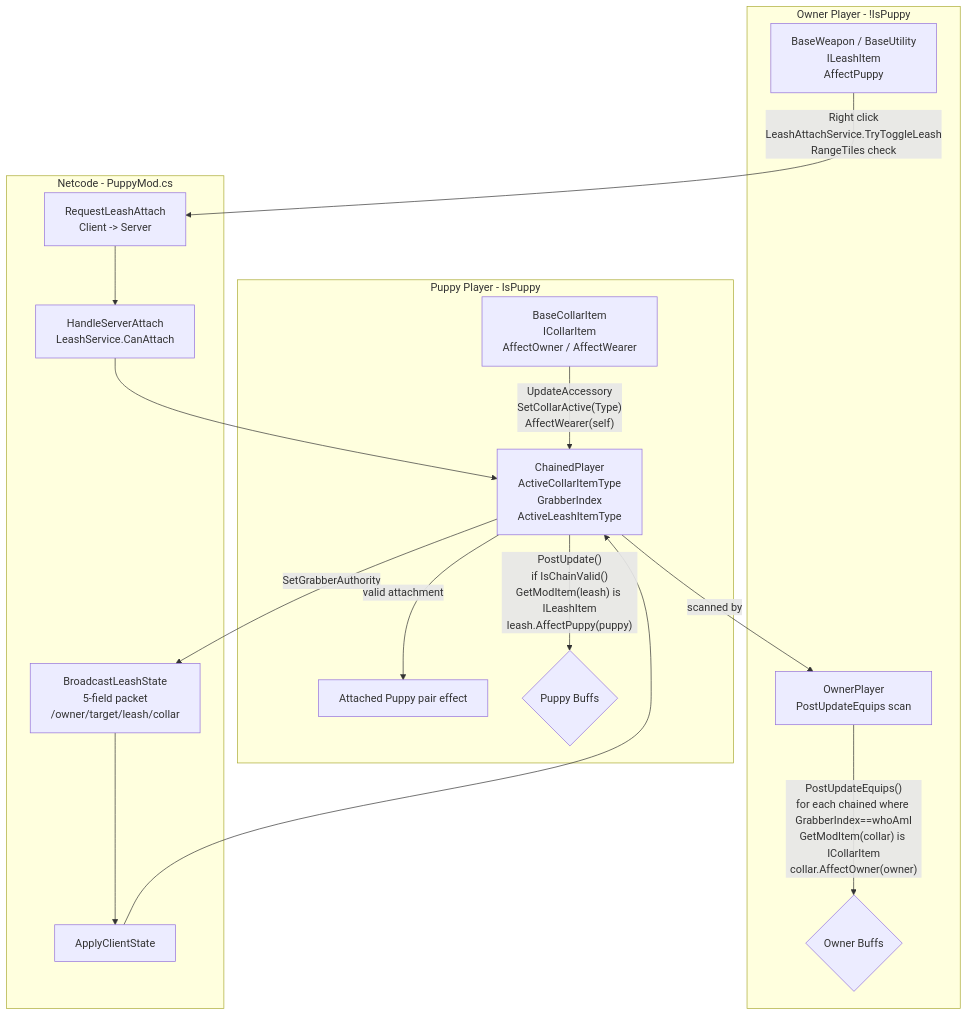
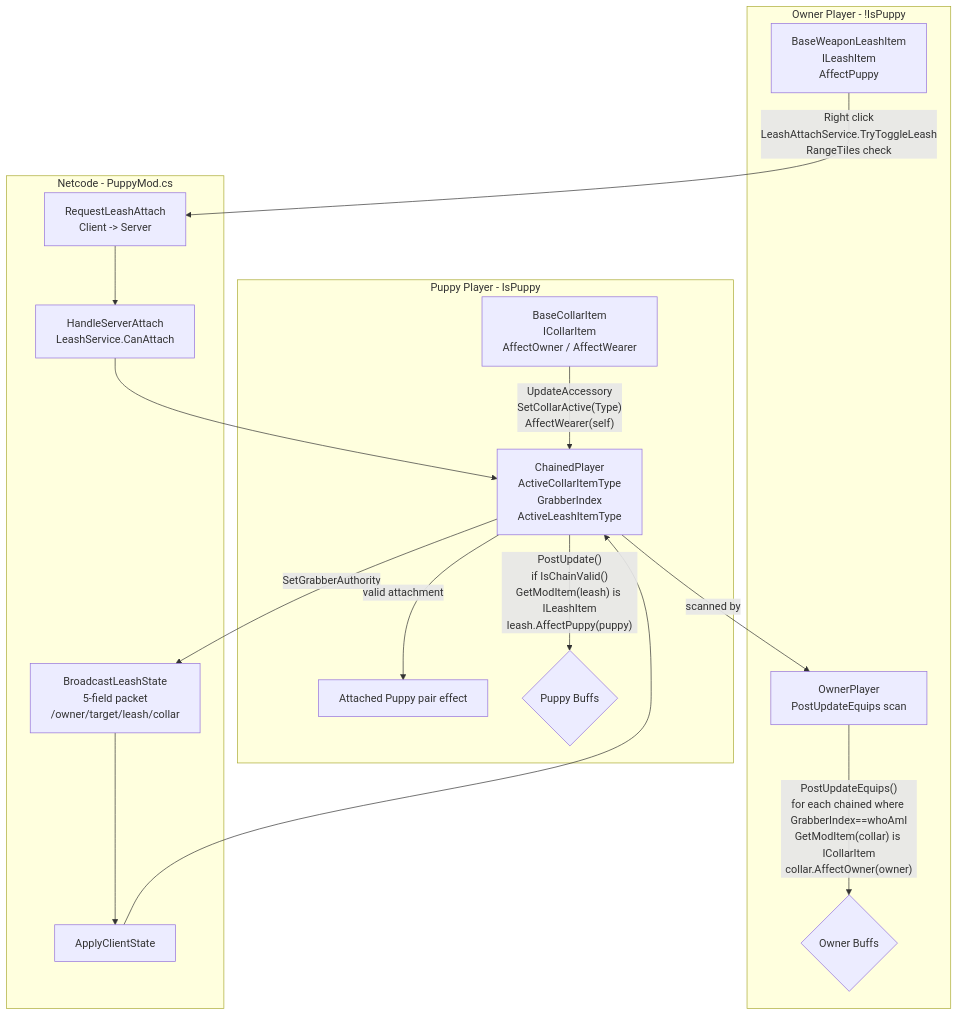
The diagram in docs/Leash-Collar-System.md (POLA-LCS/PolasPuppyMod), drawn with Mermaid before and after one commit. The commit also changed 8 other files, not shown here.

````diff
--- a/docs/Leash-Collar-System.md
+++ b/docs/Leash-Collar-System.md
@@ -14,40 +14,40 @@
 ```mermaid
 flowchart TB
     subgraph PuppySide[Puppy Player - IsPuppy]
         Collar[BaseCollarItem<br/>ICollarItem<br/>AffectOwner / AffectWearer]
         Chained[ChainedPlayer<br/>ActiveCollarItemType<br/>GrabberIndex<br/>ActiveLeashItemType]
         PairBonus[Attached Puppy pair effect]
         PuppyBuffs{Puppy Buffs}
     end
 
     subgraph OwnerSide[Owner Player - !IsPuppy]
-        Leash[BaseWeapon / BaseUtility<br/>ILeashItem<br/>AffectPuppy]
+        Leash[BaseWeaponLeashItem<br/>ILeashItem<br/>AffectPuppy]
         OwnerMP[OwnerPlayer<br/>PostUpdateEquips scan]
         OwnerBuffs{Owner Buffs}
     end
 
     subgraph Netcode[Netcode - PuppyMod.cs]
         ReqAttach[RequestLeashAttach<br/>Client -> Server]
         HandleAttach[HandleServerAttach<br/>LeashService.CanAttach]
         Broadcast[BroadcastLeashState<br/>5-field packet<br/>/owner/target/leash/collar]
         ApplyState[ApplyClientState]
     end
 
     %% Equip flow
     Collar -- "UpdateAccessory<br/>SetCollarActive(Type)<br/>AffectWearer(self)" --> Chained
 
     %% Leash attach flow
     Leash -- "Right click<br/>LeashAttachService.TryToggleLeash<br/>RangeTiles check" --> ReqAttach
     ReqAttach --> HandleAttach
     HandleAttach --> Chained
     Chained -- "SetGrabberAuthority" --> Broadcast
     Broadcast --> ApplyState
     ApplyState --> Chained
 
     %% Tick flows
     Chained -- "PostUpdate()<br/>if IsChainValid()<br/>GetModItem(leash) is ILeashItem<br/>leash.AffectPuppy(puppy)" --> PuppyBuffs
     Chained -- "valid attachment" --> PairBonus
     Chained -- "scanned by" --> OwnerMP
     OwnerMP -- "PostUpdateEquips()<br/>for each chained where GrabberIndex==whoAmI<br/>GetModItem(collar) is ICollarItem<br/>collar.AffectOwner(owner)" --> OwnerBuffs
     class ReqAttach,HandleAttach,Broadcast,ApplyState net
 ```
````
